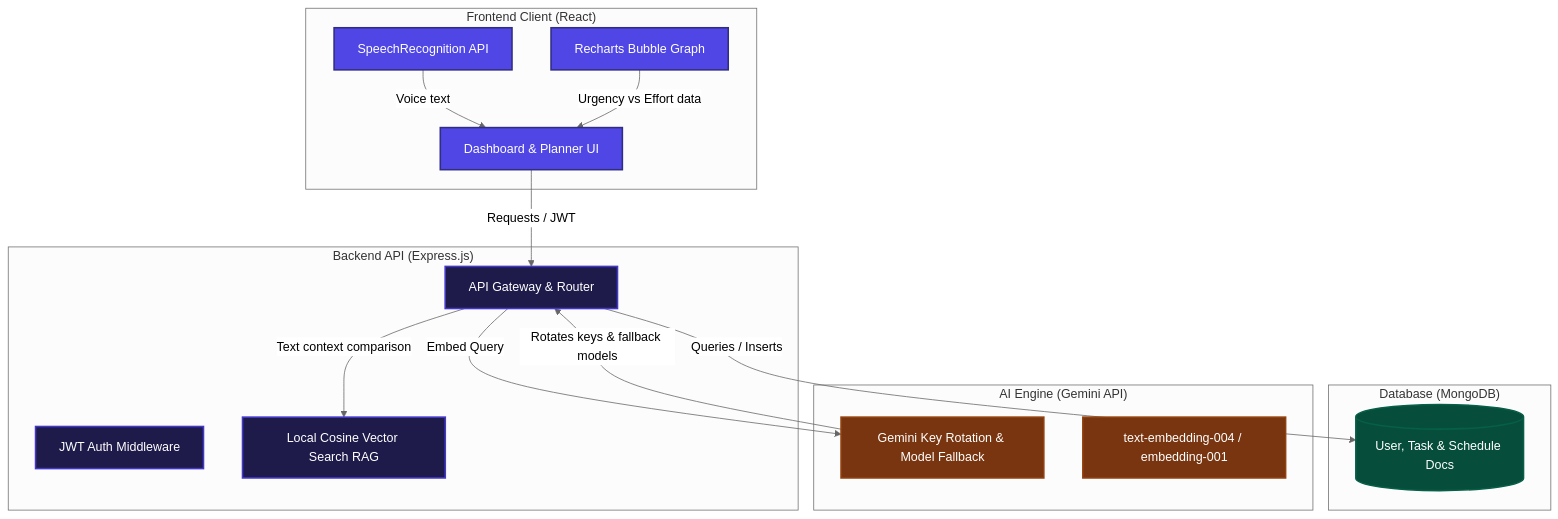
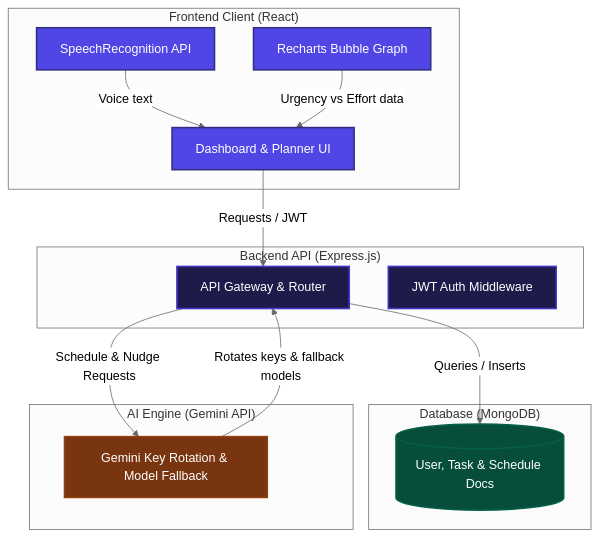
The first of 2 diagrams in README.md (nomaantalib/TASKPing), drawn with Mermaid (neutral theme) before and after one commit. The commit also changed other lines of this file and 9 other files, not shown here.

Commit message:
Remove vector embeddings and RAG search; rely only on MongoDB native regex query search

````diff
--- a/README.md
+++ b/README.md
@@ -34,36 +31,33 @@
 ```mermaid
 graph TD
     classDef client fill:#4f46e5,stroke:#312e81,stroke-width:2px,color:#ffffff;
     classDef server fill:#1e1b4b,stroke:#4338ca,stroke-width:2px,color:#ffffff;
     classDef db fill:#064e3b,stroke:#065f46,stroke-width:2px,color:#ffffff;
     classDef ai fill:#78350f,stroke:#92400e,stroke-width:2px,color:#ffffff;
 
     subgraph "Frontend Client (React)"
         C[Dashboard & Planner UI]:::client
         WS[SpeechRecognition API]:::client
         CH[Recharts Bubble Graph]:::client
     end
 
     subgraph "Backend API (Express.js)"
         S[API Gateway & Router]:::server
         M[JWT Auth Middleware]:::server
-        VS[Local Cosine Vector Search RAG]:::server
     end
 
     subgraph "Database (MongoDB)"
         D[(User, Task & Schedule Docs)]:::db
     end
 
     subgraph "AI Engine (Gemini API)"
         G[Gemini Key Rotation & Model Fallback]:::ai
-        EM[text-embedding-004 / embedding-001]:::ai
     end
 
     C -->|Requests / JWT| S
     WS -->|Voice text| C
     S -->|Queries / Inserts| D
-    S -->|Embed Query| G
-    S -->|Text context comparison| VS
+    S -->|Schedule & Nudge Requests| G
     G -->|Rotates keys & fallback models| S
     CH -->|Urgency vs Effort data| C
 ```
````
